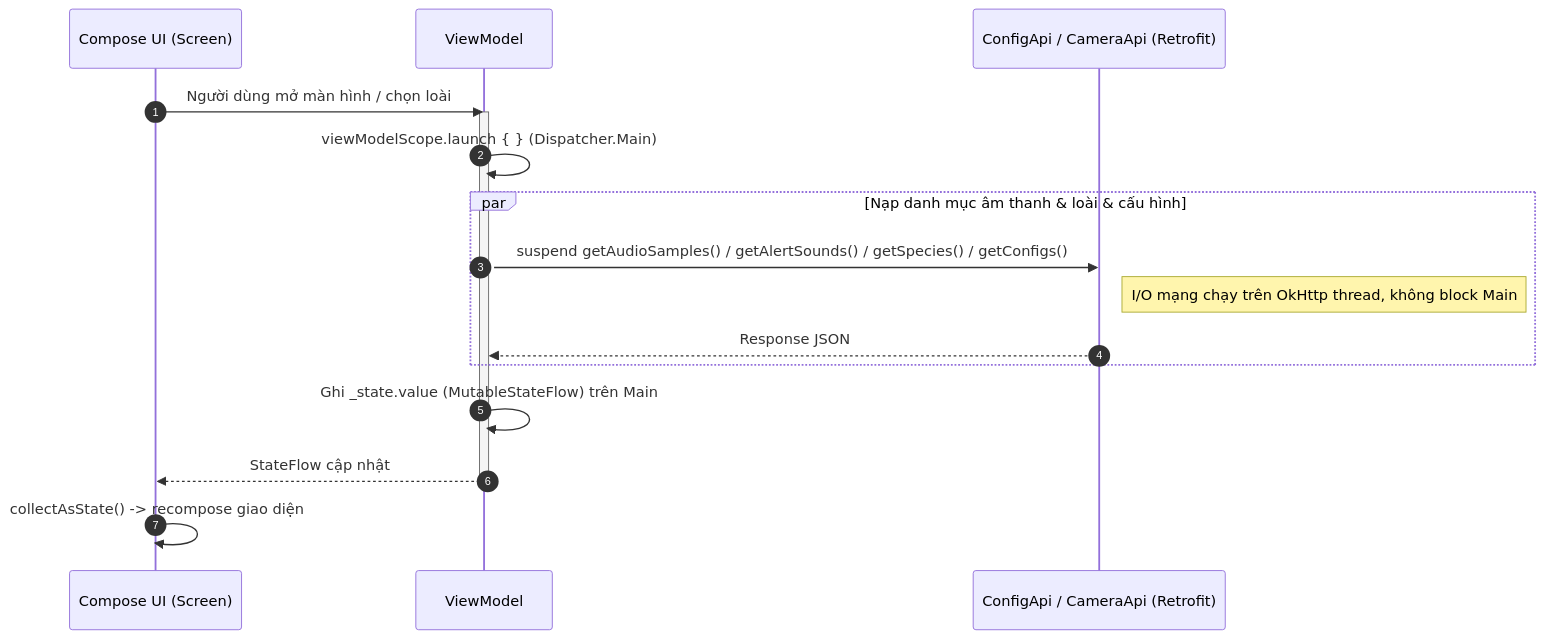
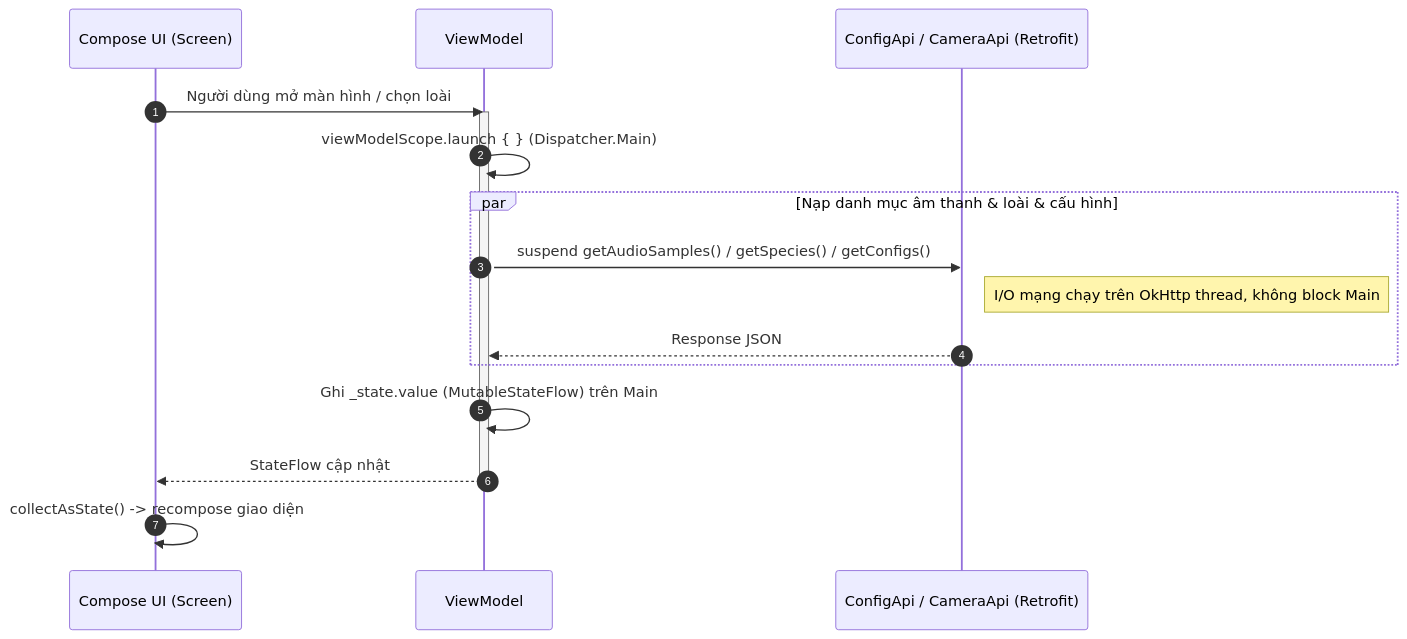
Before and after one commit to trungnguyenthien/Wildlife-Warning-and-Deterrence-System: the first of 18 diagrams in docs/04-sequence-diagram.md, drawn with Mermaid. The commit also changed other lines of this file, not shown here.

Commit message:
docs: update sequence diagram to reflect latest system workflow changes

````diff
--- a/docs/04-sequence-diagram.md
+++ b/docs/04-sequence-diagram.md
@@ -77,20 +77,20 @@
 ```mermaid
 sequenceDiagram
     autonumber
     participant UI as Compose UI (Screen)
     participant VM as ViewModel
     participant API as ConfigApi / CameraApi (Retrofit)
 
     UI->>VM: Người dùng mở màn hình / chọn loài
     activate VM
     VM->>VM: viewModelScope.launch { } (Dispatcher.Main)
     par Nạp danh mục âm thanh & loài & cấu hình
-        VM->>API: suspend getAudioSamples() / getAlertSounds() / getSpecies() / getConfigs()
+        VM->>API: suspend getAudioSamples() / getSpecies() / getConfigs()
         Note right of API: I/O mạng chạy trên OkHttp thread, không block Main
         API-->>VM: Response JSON
     end
     VM->>VM: Ghi _state.value (MutableStateFlow) trên Main
     VM-->>UI: StateFlow cập nhật
     deactivate VM
     UI->>UI: collectAsState() -> recompose giao diện
 ```
````
